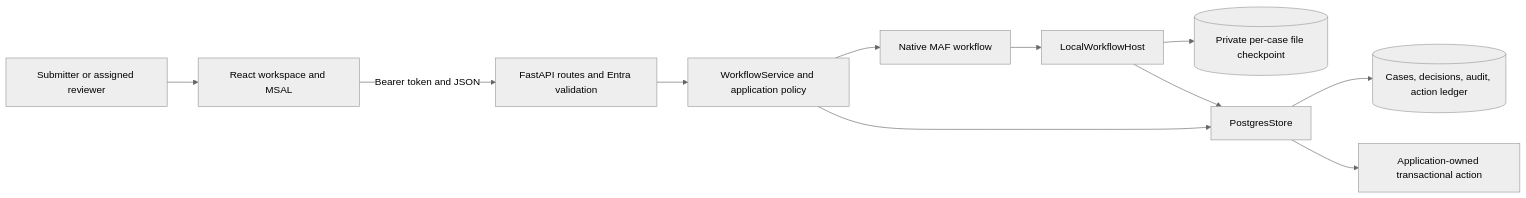
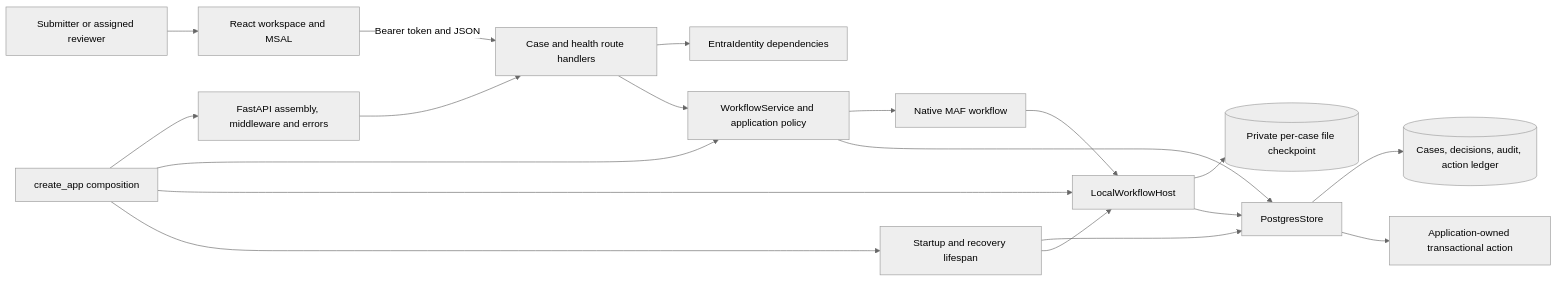
Before and after one commit to ppenumatsa1/agent-blueprints: the first of 3 diagrams in blueprints/maf/workflow/docs/design/architecture.md, drawn with Mermaid (neutral theme). The commit also changed other lines of this file and 10 other files, not shown here.

````diff
--- a/blueprints/maf/workflow/docs/design/architecture.md
+++ b/blueprints/maf/workflow/docs/design/architecture.md
@@ -13,24 +19,36 @@
 ```mermaid
 flowchart LR
     User[Submitter or assigned reviewer]
     UI[React workspace and MSAL]
-    API[FastAPI routes and Entra validation]
+    Composition[create_app composition]
+    API[FastAPI assembly, middleware and errors]
+    Routes[Case and health route handlers]
+    Identity[EntraIdentity dependencies]
     UC[WorkflowService and application policy]
     WF[Native MAF workflow]
     Host[LocalWorkflowHost]
+    Lifecycle[Startup and recovery lifespan]
     CP[(Private per-case file checkpoint)]
     Store[PostgresStore]
     DB[(Cases, decisions, audit, action ledger)]
     Action[Application-owned transactional action]
 
     User --> UI
-    UI -->|Bearer token and JSON| API
-    API --> UC
+    UI -->|Bearer token and JSON| Routes
+    Composition --> API
+    Composition --> UC
+    Composition --> Host
+    Composition --> Lifecycle
+    API --> Routes
+    Routes --> Identity
+    Routes --> UC
     UC --> WF
     WF --> Host
     Host --> CP
     UC --> Store
     Host --> Store
+    Lifecycle --> Store
+    Lifecycle --> Host
     Store --> DB
     Store --> Action
 ```
````
